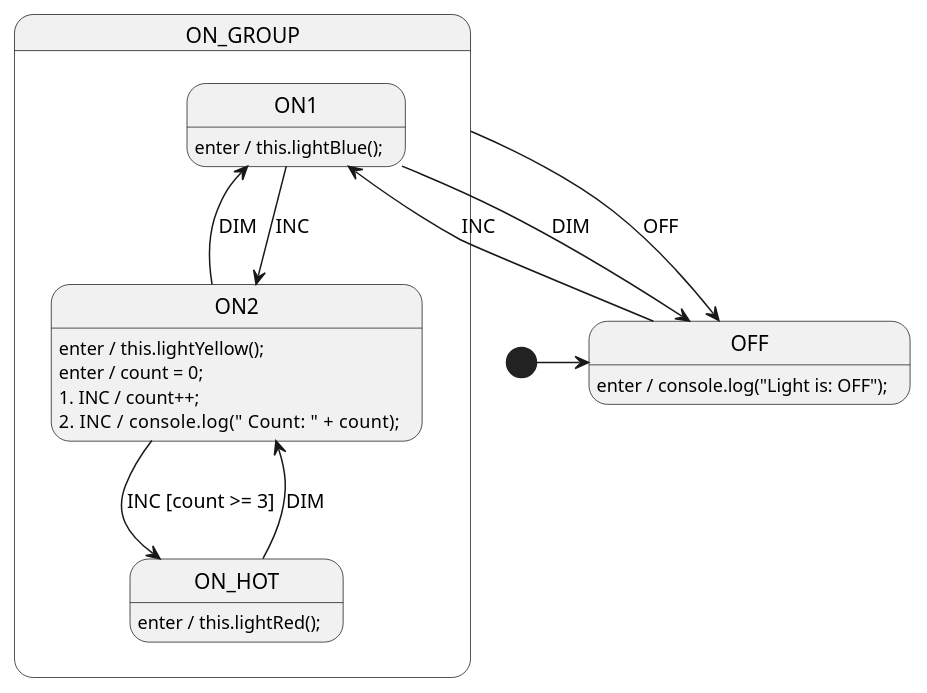
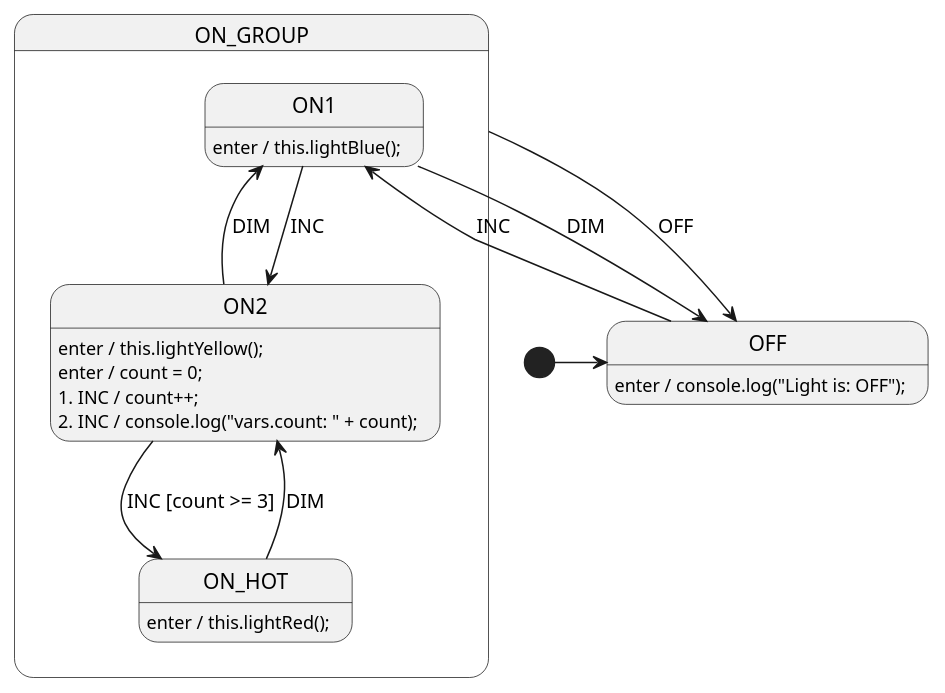
The diagram in lesson-4/ts-node/LightSm.plantuml (StateSmith/tutorial-3), drawn with PlantUML before and after one commit. The commit also changed 6 other files, not shown here.

```diff
--- a/lesson-4/ts-node/LightSm.plantuml
+++ b/lesson-4/ts-node/LightSm.plantuml
@@ -1,61 +1,59 @@
 @startuml LightSm
 
 ' //////////////////////// STATE ORGANIZATION ///////////////////////
 ' Note: StateSmith treats state names and events as case insensitive.
 ' More info: https://github.com/StateSmith/StateSmith/wiki/PlantUML
 
 state OFF
 state ON_GROUP {
     state ON1
     state ON2
     state ON_HOT
 }
 
 [*] -> OFF
 
 ' ///////////////////////// STATE HANDLERS /////////////////////////
 ' Syntax: https://github.com/StateSmith/StateSmith/wiki/Behaviors
 
 OFF: enter / console.log("Light is: OFF");
 OFF --> ON1: INC
 
 ON_GROUP --> OFF : OFF
 
 ON1: enter / this.lightBlue();
 ON1 --> ON2: INC
 ON1 --> OFF: DIM
 
 ON2: enter / this.lightYellow();
 ON2: enter / count = 0;
 ON2: 1. INC / count++;
-ON2: 2. INC / console.log("    Count: " + count);
+ON2: 2. INC / console.log("vars.count: " + count);
 ON2 --> ON_HOT: INC [count >= 3]
 ON2 --> ON1: DIM
 
 ON_HOT: enter / this.lightRed();
 ON_HOT --> ON2: DIM
 
 
 ' //////////////////////// StateSmith config ////////////////////////
 ' The below special comment block sets the StateSmith configuration.
 ' More info: https://github.com/StateSmith/StateSmith/issues/335
 
 /'! $CONFIG : toml
-SmRunnerSettings.transpilerId = "JavaScript"
+SmRunnerSettings.transpilerId = "TypeScript"
 
 [RenderConfig]
 AutoExpandedVars = """
-    count : 0, // variable for state machine
+    public count: number = 0; // Variable for state machine. Must end with a semicolon for TypeScript.
     """
 FileTop = """
-    "use strict";    
     // any text you put in IRenderConfig.FileTop (like this comment) will be written to the generated .h file
-    import { LightSmBase } from "./LightSmBase.js";
+    import { LightSmBase } from "./LightSmBase";
     """
 
-[RenderConfig.JavaScript]
-ExtendsSuperClass = "LightSmBase"
-UseExportOnClass = true
+[RenderConfig.TypeScript]
+Extends = "LightSmBase"
 
 '/
 @enduml
```
